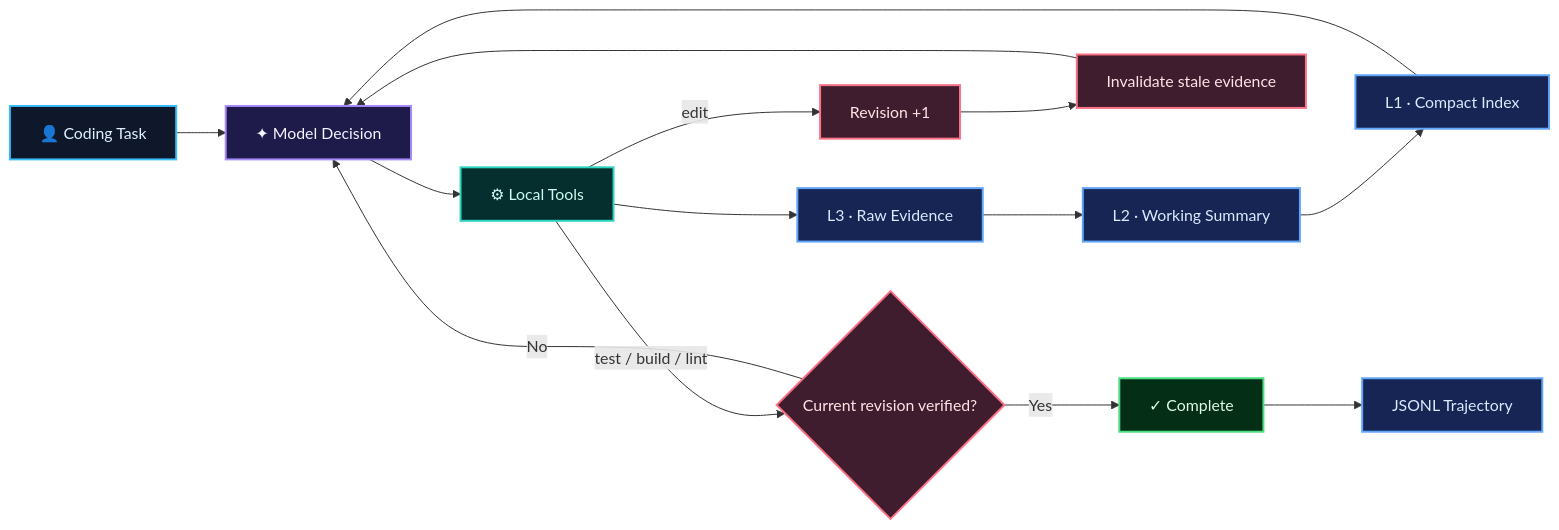
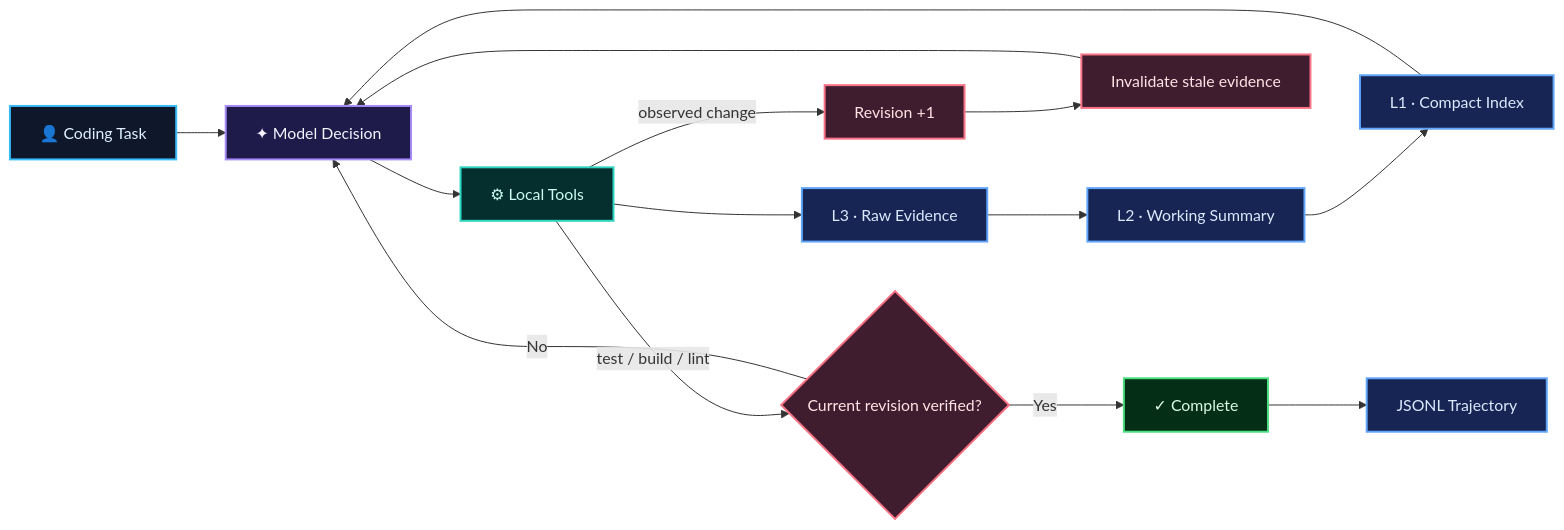
Before and after one commit to yedda1117/ProofCode: the diagram in README.md, drawn with Mermaid. The commit also changed other lines of this file and 12 other files, not shown here.

````diff
--- a/README.md
+++ b/README.md
@@ -58,23 +58,23 @@
 ```mermaid
 flowchart LR
     classDef user fill:#0f172a,stroke:#38bdf8,color:#e0f2fe,stroke-width:2px;
     classDef model fill:#1e1b4b,stroke:#a78bfa,color:#f5f3ff,stroke-width:2px;
     classDef tool fill:#042f2e,stroke:#2dd4bf,color:#ccfbf1,stroke-width:2px;
     classDef context fill:#172554,stroke:#60a5fa,color:#dbeafe,stroke-width:2px;
     classDef gate fill:#3f1d2e,stroke:#fb7185,color:#ffe4e6,stroke-width:2px;
     classDef done fill:#052e16,stroke:#4ade80,color:#dcfce7,stroke-width:2px;
 
     U["👤 Coding Task"]:::user --> M["✦ Model Decision"]:::model
     M --> T["⚙ Local Tools"]:::tool
     T --> E["L3 · Raw Evidence"]:::context
     E --> W["L2 · Working Summary"]:::context
     W --> I["L1 · Compact Index"]:::context
     I --> M
-    T -->|edit| R["Revision +1"]:::gate
+    T -->|observed change| R["Revision +1"]:::gate
     R --> X["Invalidate stale evidence"]:::gate
     X --> M
     T -->|test / build / lint| V{"Current revision verified?"}:::gate
     V -->|No| M
     V -->|Yes| D["✓ Complete"]:::done
     D --> J["JSONL Trajectory"]:::context
 ```
````
